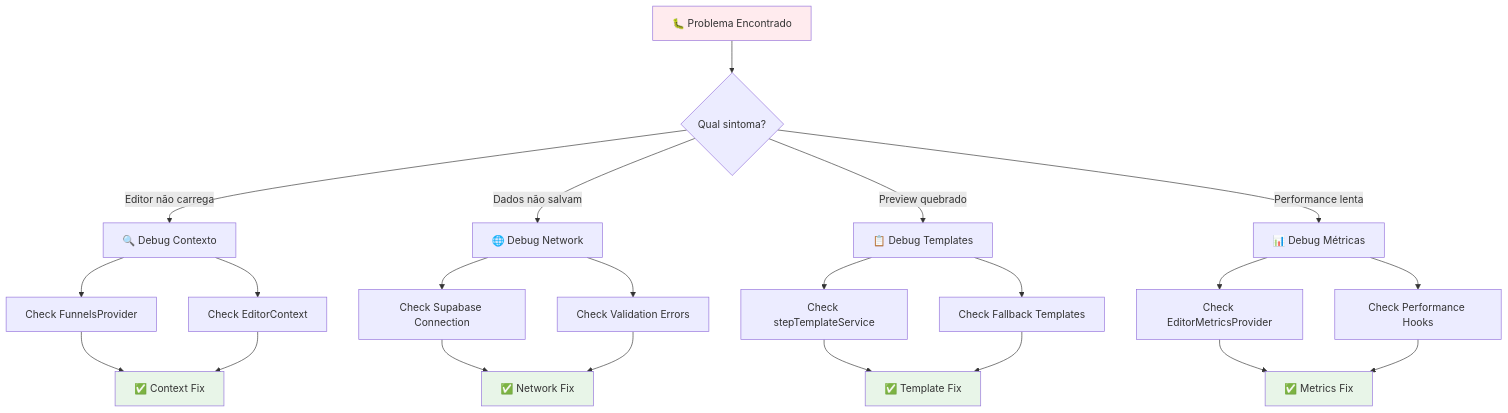
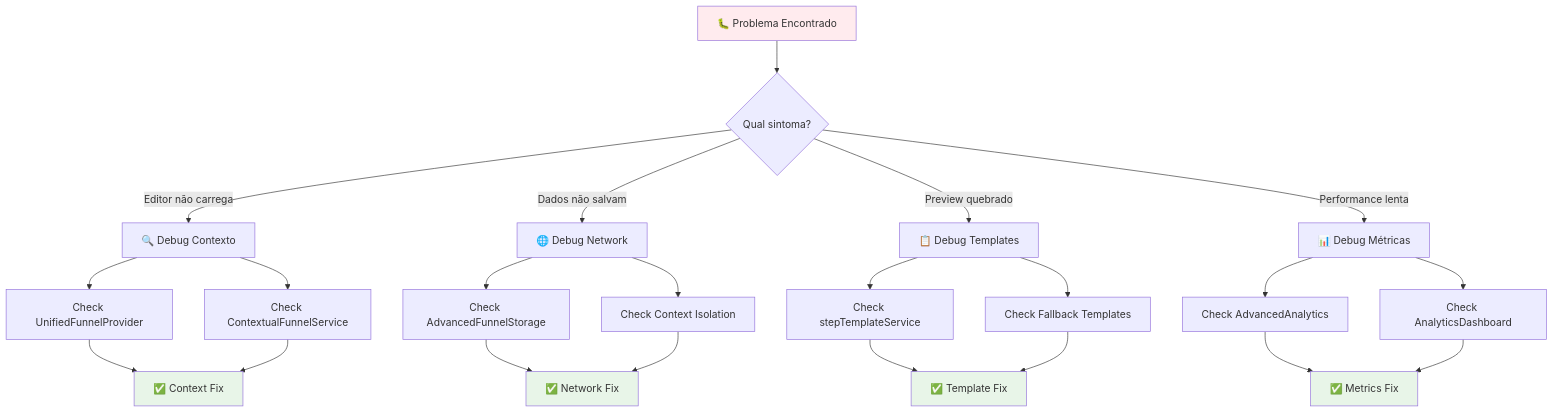
One commit to giselegal/quiz-flow-pro-verso-03342 changed the third of 15 diagrams in docs/FUNNEL_ONBOARDING_FLOWCHARTS.md. Above: the diagram before and after it, drawn with Mermaid. The commit also changed other lines of this file and 1 other file, not shown here.

Commit message:
fix: ajustar estilo de tabulação na página de Analytics

````diff
--- a/docs/FUNNEL_ONBOARDING_FLOWCHARTS.md
+++ b/docs/FUNNEL_ONBOARDING_FLOWCHARTS.md
@@ -66,35 +66,35 @@
 ```mermaid
 graph TD
     A[🐛 Problema Encontrado] --> B{Qual sintoma?}
     
     B -->|Editor não carrega| C[🔍 Debug Contexto]
     B -->|Dados não salvam| D[🌐 Debug Network]
     B -->|Preview quebrado| E[📋 Debug Templates]
     B -->|Performance lenta| F[📊 Debug Métricas]
     
-    C --> C1[Check FunnelsProvider]
-    C --> C2[Check EditorContext]
+    C --> C1[Check UnifiedFunnelProvider]
+    C --> C2[Check ContextualFunnelService]
     C1 --> C3[✅ Context Fix]
     C2 --> C3
     
-    D --> D1[Check Supabase Connection]
-    D --> D2[Check Validation Errors]
+    D --> D1[Check AdvancedFunnelStorage]
+    D --> D2[Check Context Isolation]
     D1 --> D3[✅ Network Fix]
     D2 --> D3
     
     E --> E1[Check stepTemplateService]
     E --> E2[Check Fallback Templates]
     E1 --> E3[✅ Template Fix]
     E2 --> E3
     
-    F --> F1[Check EditorMetricsProvider]
-    F --> F2[Check Performance Hooks]
+    F --> F1[Check AdvancedAnalytics]
+    F --> F2[Check AnalyticsDashboard]
     F1 --> F3[✅ Metrics Fix]
     F2 --> F3
     
     style A fill:#ffebee
     style C3 fill:#e8f5e8
     style D3 fill:#e8f5e8
     style E3 fill:#e8f5e8
     style F3 fill:#e8f5e8
 ```
````
